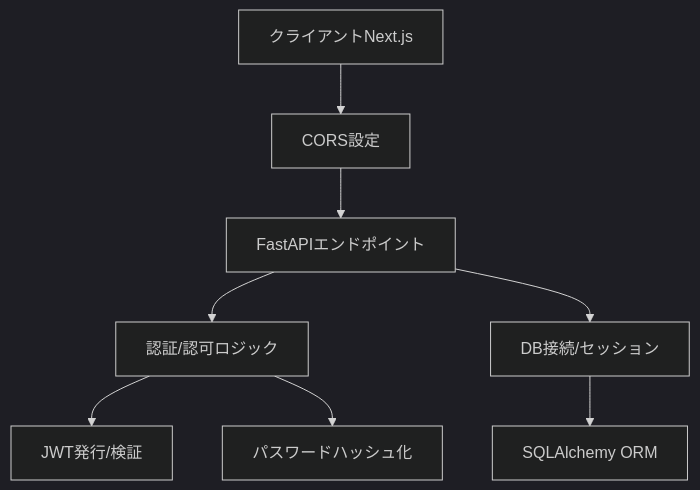
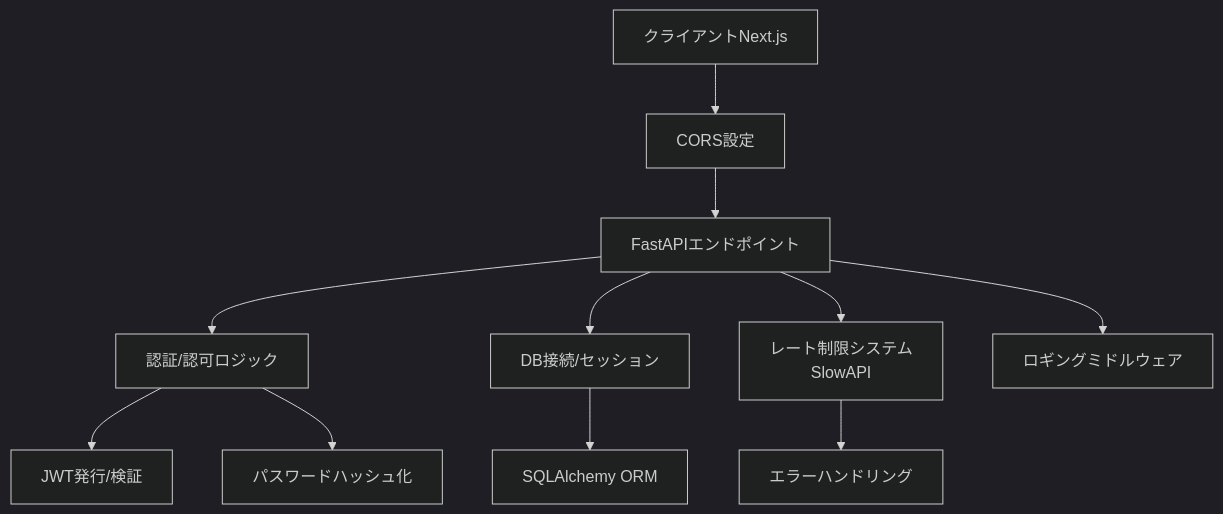
One commit to ss8806/Todos changed the second of 9 diagrams in .qoder/repowiki/ja/content/セキュリティ.md. Above: the diagram before and after it, drawn with Mermaid (dark theme). The commit also changed other lines of this file and 6 other files, not shown here.

````diff
--- a/.qoder/repowiki/ja/content/セキュリティ.md
+++ b/.qoder/repowiki/ja/content/セキュリティ.md
@@ -108,18 +124,24 @@
 ```mermaid
 graph TB
 Client["クライアントNext.js"]
 API["FastAPIエンドポイント"]
 Auth["認証/認可ロジック"]
 JWT["JWT発行/検証"]
 Hash["パスワードハッシュ化"]
 CORS["CORS設定"]
 DB["DB接続/セッション"]
 ORM["SQLAlchemy ORM"]
+RateLimit["レート制限システム<br/>SlowAPI"]
+ErrorHandler["エラーハンドリング"]
+Logging["ロギングミドルウェア"]
 Client --> CORS
 CORS --> API
 API --> Auth
 Auth --> JWT
 Auth --> Hash
 API --> DB
 DB --> ORM
+API --> RateLimit
+RateLimit --> ErrorHandler
+API --> Logging
 ```
````
